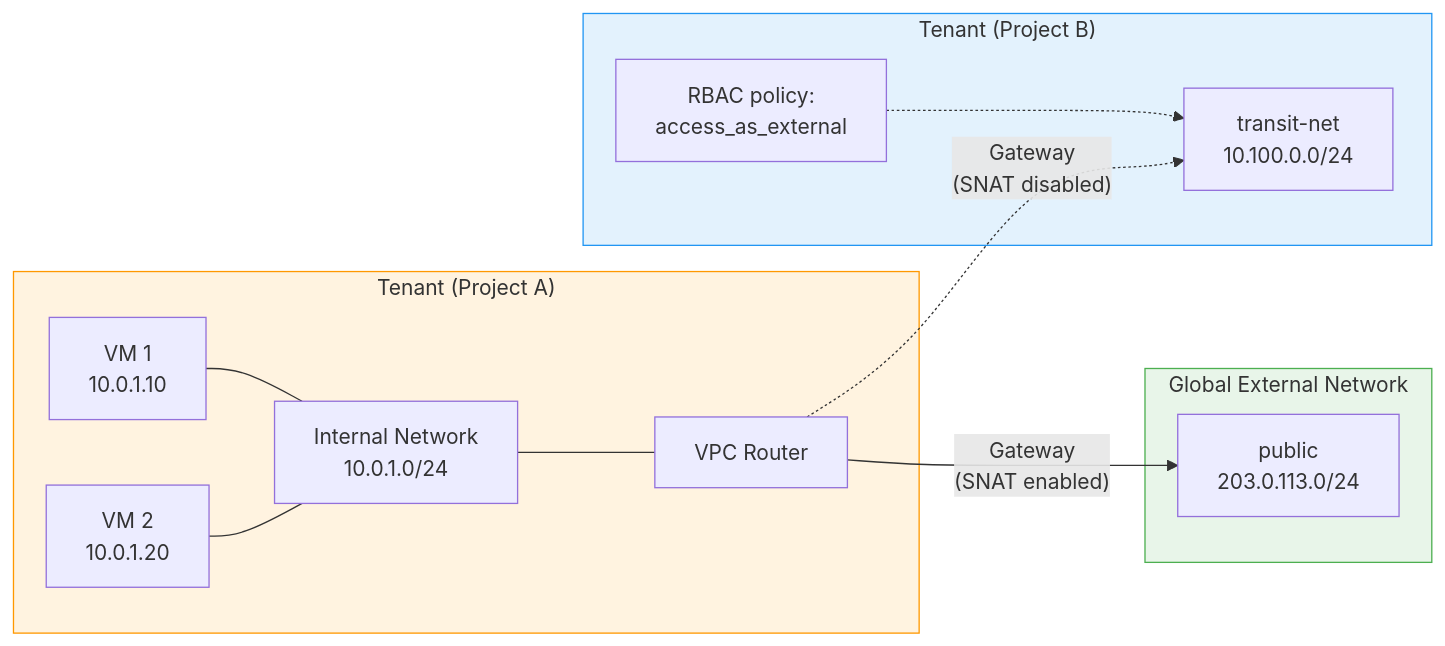
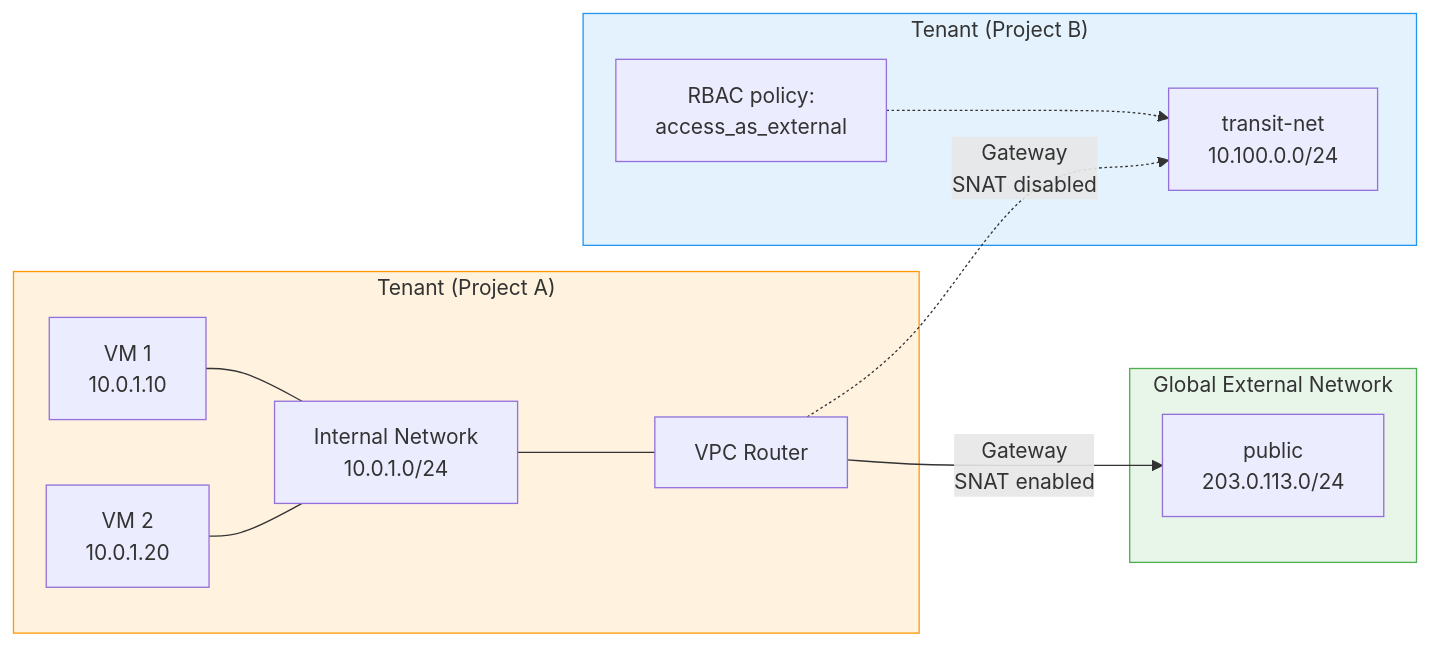
Before and after one commit to waldur/waldur-docs: the first of 4 diagrams in docs/developer-guide/plugins/openstack.md, drawn with Mermaid. The commit also changed other lines of this file and 34 other files, not shown here.

````diff
--- a/docs/developer-guide/plugins/openstack.md
+++ b/docs/developer-guide/plugins/openstack.md
@@ -443,29 +443,29 @@
 ```mermaid
 flowchart LR
     subgraph tenant["Tenant (Project A)"]
         VM1["VM 1<br/>10.0.1.10"]
         VM2["VM 2<br/>10.0.1.20"]
         INT_NET["Internal Network<br/>10.0.1.0/24"]
         ROUTER["VPC Router"]
         VM1 --- INT_NET
         VM2 --- INT_NET
         INT_NET --- ROUTER
     end
 
     subgraph global_ext["Global External Network"]
         PUB_NET["public<br/>203.0.113.0/24"]
     end
 
     subgraph tenant_b["Tenant (Project B)"]
         RBAC_NET["transit-net<br/>10.100.0.0/24"]
         RBAC_LABEL["RBAC policy:<br/>access_as_external"]
         RBAC_LABEL -.-> RBAC_NET
     end
 
-    ROUTER -->|"Gateway<br/>(SNAT enabled)"| PUB_NET
-    ROUTER -.->|"Gateway<br/>(SNAT disabled)"| RBAC_NET
+    ROUTER -->|Gateway<br/>SNAT enabled| PUB_NET
+    ROUTER -.->|Gateway<br/>SNAT disabled| RBAC_NET
 
     style global_ext fill:#e8f5e9,stroke:#4caf50
     style tenant_b fill:#e3f2fd,stroke:#2196f3
     style tenant fill:#fff3e0,stroke:#ff9800
 ```
````
